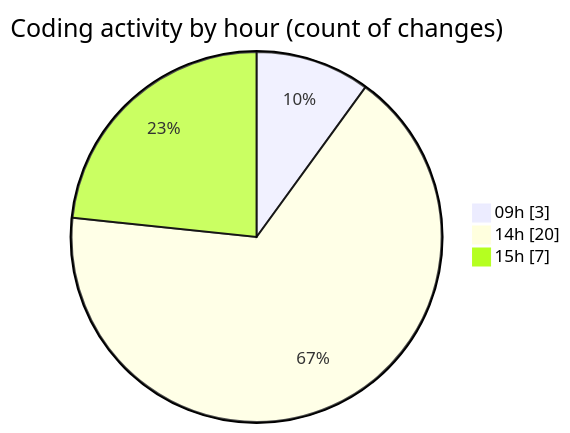
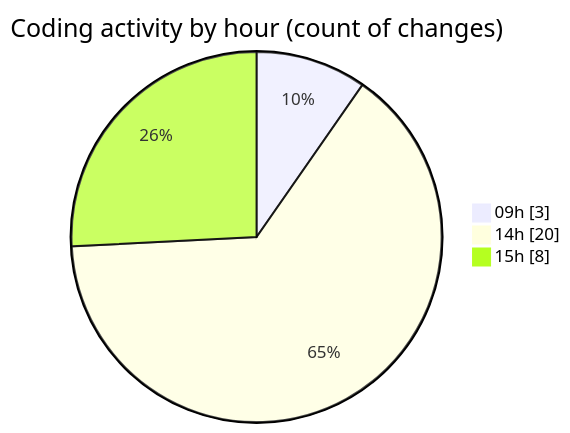
One commit to julien-gomy/code-tracking changed the second of 2 diagrams in 2025-10-14/eventscop-frontend-guide__workspace_/README.md. Above: the diagram before and after it, drawn with Mermaid. The commit also changed other lines of this file and 1 other file, not shown here.

````diff
--- a/2025-10-14/eventscop-frontend-guide__workspace_/README.md
+++ b/2025-10-14/eventscop-frontend-guide__workspace_/README.md
@@ -36,7 +37,7 @@
 ```mermaid
 pie showData
 title Coding activity by hour (count of changes)
 "09h" : 3
 "14h" : 20
-"15h" : 7
+"15h" : 8
 ```
````
